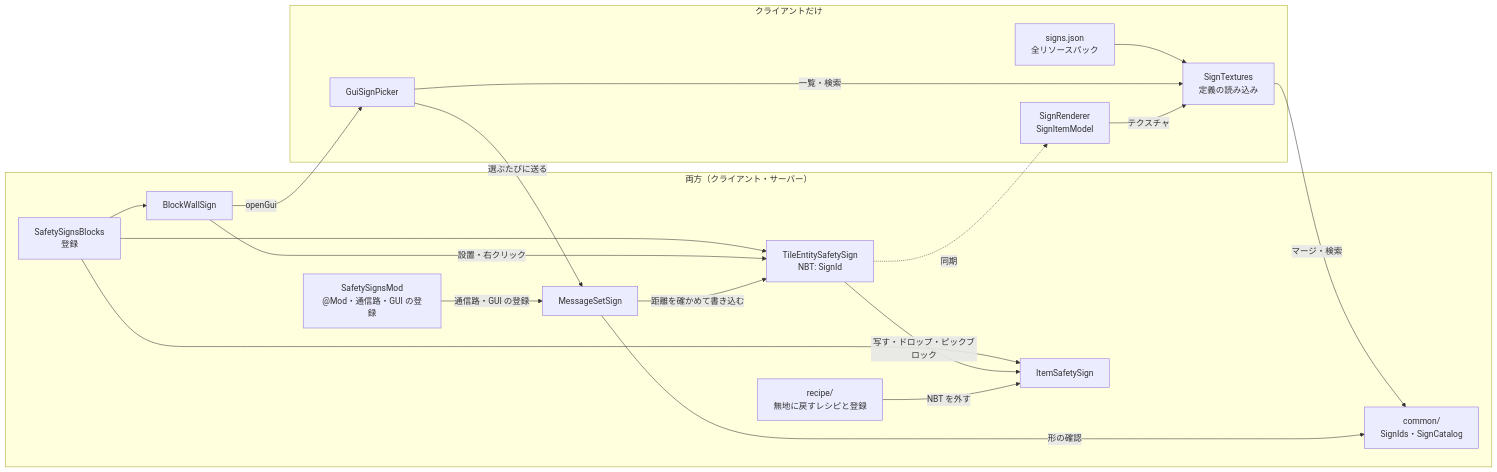
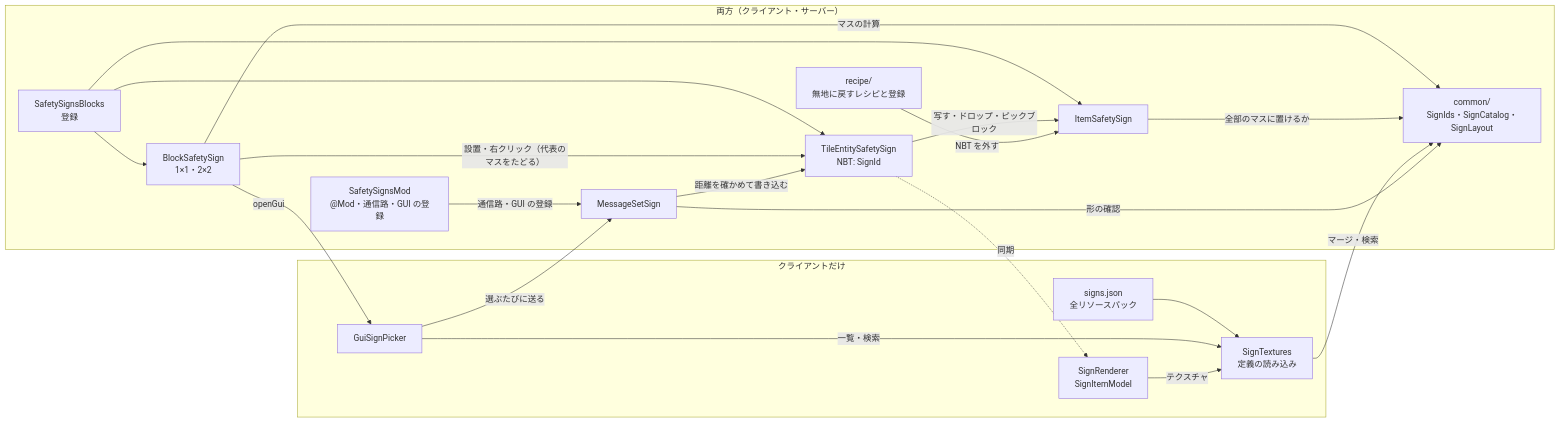
The first of 2 diagrams in doc/architecture.md (zeusisgood/safetysigns), drawn with Mermaid before and after one commit. The commit also changed other lines of this file and 30 other files, not shown here.

First line of the commit message:
Add the 2x2 wall sign as a multi-block sign

````diff
--- a/doc/architecture.md
+++ b/doc/architecture.md
@@ -29,35 +31,37 @@
 ```mermaid
 flowchart LR
     subgraph Both["両方（クライアント・サーバー）"]
         Mod["SafetySignsMod<br/>@Mod・通信路・GUI の登録"]
         Reg["SafetySignsBlocks<br/>登録"]
-        Block["BlockWallSign"]
+        Block["BlockSafetySign<br/>1×1・2×2"]
         Item["ItemSafetySign"]
         TE["TileEntitySafetySign<br/>NBT: SignId"]
         Msg["MessageSetSign"]
-        Common["common/<br/>SignIds・SignCatalog"]
+        Common["common/<br/>SignIds・SignCatalog・SignLayout"]
         Recipe["recipe/<br/>無地に戻すレシピと登録"]
     end
     subgraph Client["クライアントだけ"]
         Tex["SignTextures<br/>定義の読み込み"]
         Json["signs.json<br/>全リソースパック"]
         Render["SignRenderer<br/>SignItemModel"]
         Gui["GuiSignPicker"]
     end
     Mod -- 通信路・GUI の登録 --> Msg
     Reg --> Block
     Reg --> Item
     Reg --> TE
-    Block -- 設置・右クリック --> TE
+    Block -->|"設置・右クリック（代表のマスをたどる）"| TE
+    Block -- マスの計算 --> Common
+    Item -- 全部のマスに置けるか --> Common
     TE -- 写す・ドロップ・ピックブロック --> Item
     Recipe -- NBT を外す --> Item
     Block -- openGui --> Gui
     Json --> Tex
     Tex -- マージ・検索 --> Common
     Gui -- 一覧・検索 --> Tex
     Gui -- 選ぶたびに送る --> Msg
     Msg -- 形の確認 --> Common
     Msg -- 距離を確かめて書き込む --> TE
     TE -. 同期 .-> Render
     Render -- テクスチャ --> Tex
 ```
````
